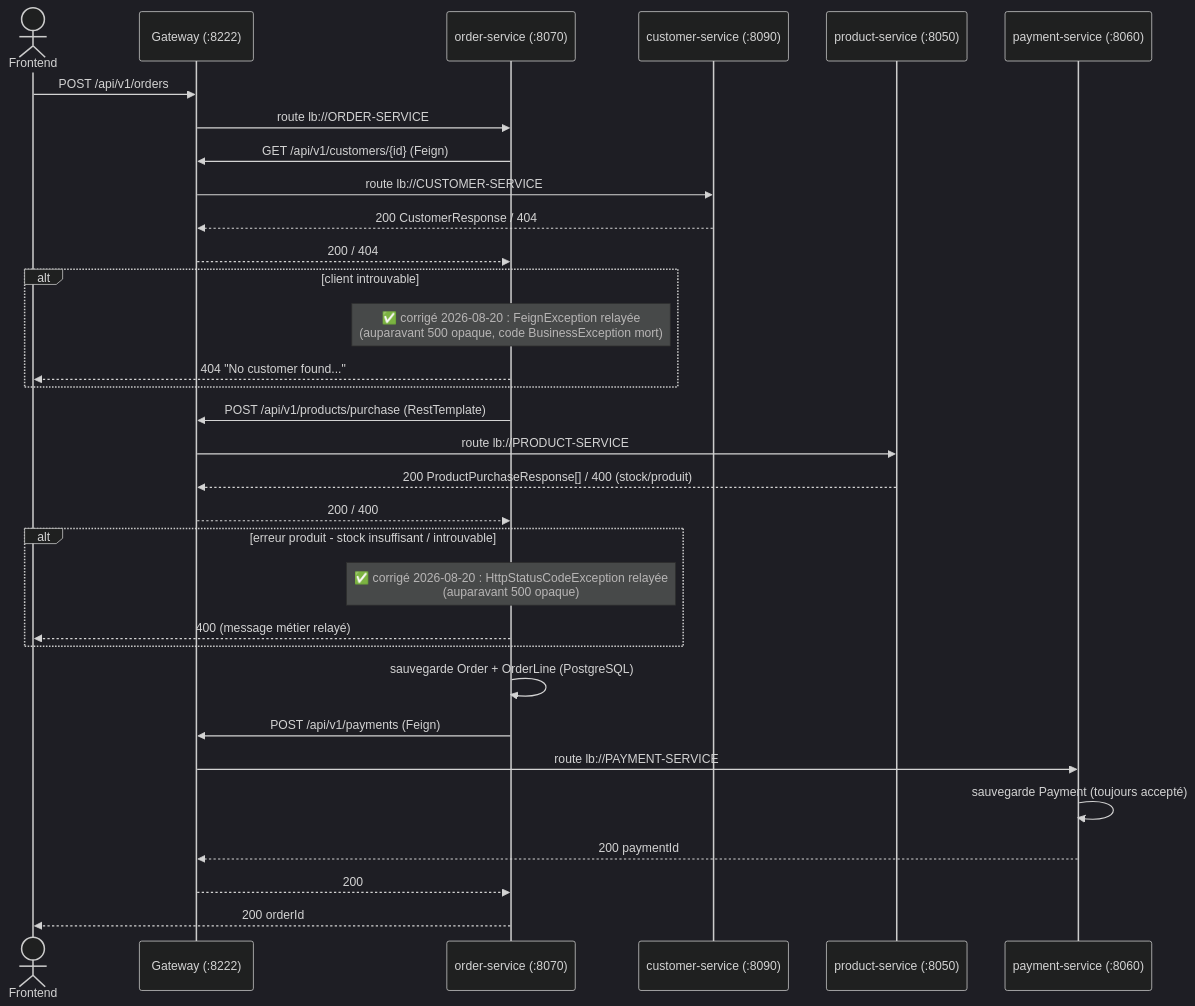
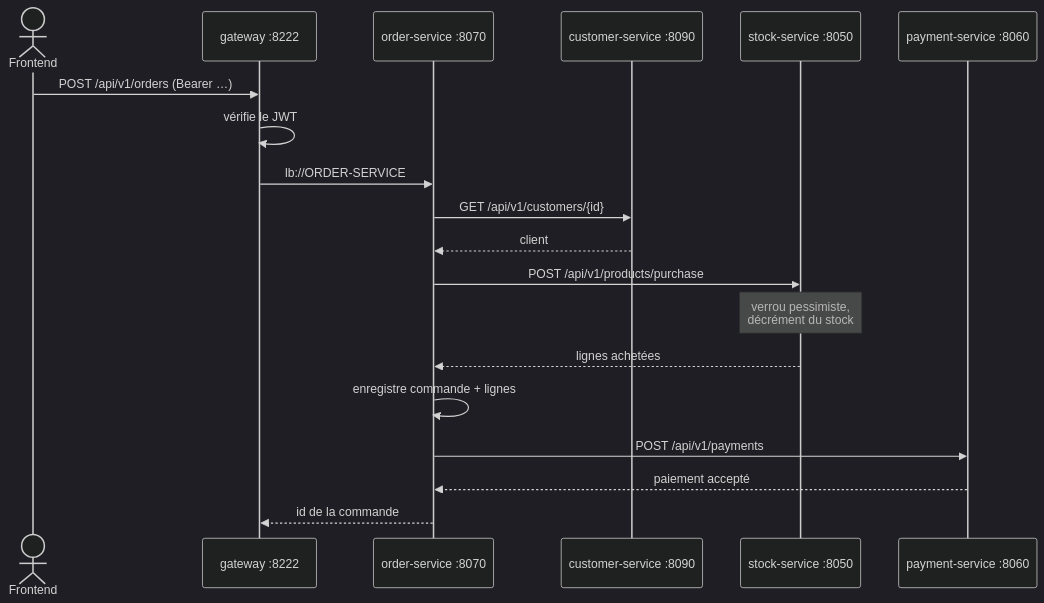
Before and after one commit to gestion-de-stock-v2/backend: the diagram in docs/API_DOCUMENTATION.md, drawn with Mermaid (dark theme). The commit also changed other lines of this file and 21 other files, not shown here.

First line of the commit message:
docs: documentation alignee sur l'architecture unifiee

````diff
--- a/docs/API_DOCUMENTATION.md
+++ b/docs/API_DOCUMENTATION.md
@@ -30,42 +73,22 @@
 ```mermaid
 sequenceDiagram
-    actor Client as Frontend
-    participant GW as Gateway (:8222)
-    participant ORD as order-service (:8070)
-    participant CUS as customer-service (:8090)
-    participant PRD as product-service (:8050)
-    participant PAY as payment-service (:8060)
+    actor U as Frontend
+    participant GW as gateway :8222
+    participant ORD as order-service :8070
+    participant CUS as customer-service :8090
+    participant STK as stock-service :8050
+    participant PAY as payment-service :8060
 
-    Client->>GW: POST /api/v1/orders
-    GW->>ORD: route lb://ORDER-SERVICE
-
-    ORD->>GW: GET /api/v1/customers/{id} (Feign)
-    GW->>CUS: route lb://CUSTOMER-SERVICE
-    CUS-->>GW: 200 CustomerResponse / 404
-    GW-->>ORD: 200 / 404
-
-    alt client introuvable
-        Note over ORD: ✅ corrigé 2026-08-20 : FeignException relayée<br/>(auparavant 500 opaque, code BusinessException mort)
-        ORD-->>Client: 404 "No customer found..."
-    end
-
-    ORD->>GW: POST /api/v1/products/purchase (RestTemplate)
-    GW->>PRD: route lb://PRODUCT-SERVICE
-    PRD-->>GW: 200 ProductPurchaseResponse[] / 400 (stock/produit)
-    GW-->>ORD: 200 / 400
-
-    alt erreur produit - stock insuffisant / introuvable
-        Note over ORD: ✅ corrigé 2026-08-20 : HttpStatusCodeException relayée<br/>(auparavant 500 opaque)
-        ORD-->>Client: 400 (message métier relayé)
-    end
-
-    ORD->>ORD: sauvegarde Order + OrderLine (PostgreSQL)
-
-    ORD->>GW: POST /api/v1/payments (Feign)
-    GW->>PAY: route lb://PAYMENT-SERVICE
-    PAY->>PAY: sauvegarde Payment (toujours accepté)
-    PAY-->>GW: 200 paymentId
-    GW-->>ORD: 200
-
-    ORD-->>Client: 200 orderId
+    U->>GW: POST /api/v1/orders (Bearer …)
+    GW->>GW: vérifie le JWT
+    GW->>ORD: lb://ORDER-SERVICE
+    ORD->>CUS: GET /api/v1/customers/{id}
+    CUS-->>ORD: client
+    ORD->>STK: POST /api/v1/products/purchase
+    Note over STK: verrou pessimiste,<br/>décrément du stock
+    STK-->>ORD: lignes achetées
+    ORD->>ORD: enregistre commande + lignes
+    ORD->>PAY: POST /api/v1/payments
+    PAY-->>ORD: paiement accepté
+    ORD-->>GW: id de la commande
 ```
````
